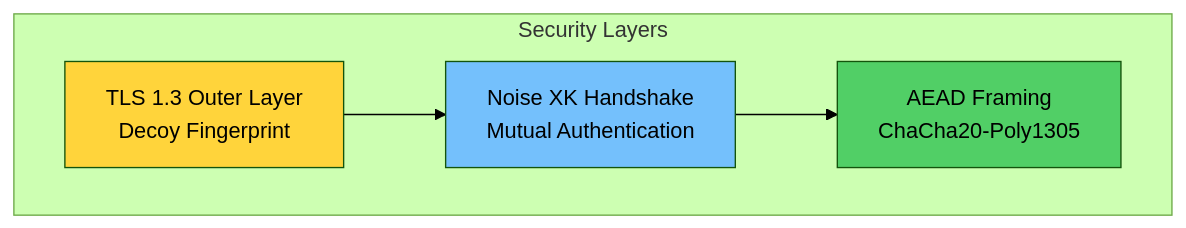
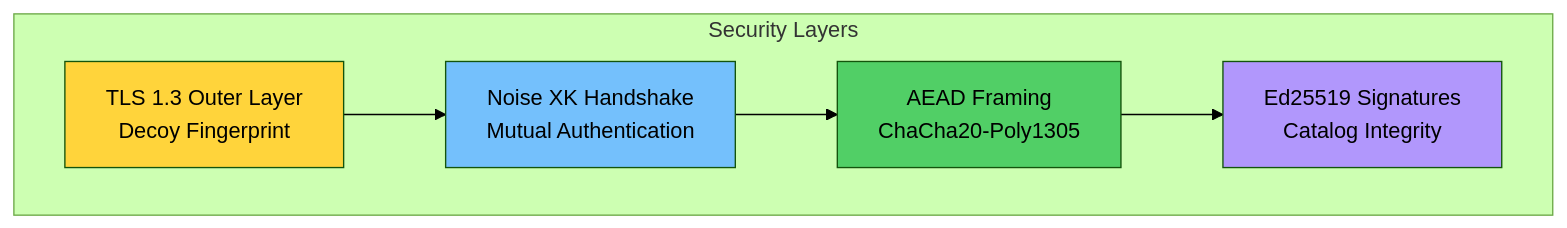
One commit to QW1CKS/qnet changed the ninth of 15 diagrams in README.md. Above: the diagram before and after it, drawn with Mermaid (forest theme). The commit also changed other lines of this file and 5 other files, not shown here.

````diff
--- a/README.md
+++ b/README.md
@@ -317,15 +318,18 @@
 ```mermaid
 graph TB
     subgraph "Security Layers"
         L1[TLS 1.3 Outer Layer<br/>Decoy Fingerprint]
         L2[Noise XK Handshake<br/>Mutual Authentication]
         L3[AEAD Framing<br/>ChaCha20-Poly1305]
+        L4[Ed25519 Signatures<br/>Catalog Integrity]
     end
     
     L1 --> L2
     L2 --> L3
+    L3 --> L4
     
     style L1 fill:#ffd43b
     style L2 fill:#74c0fc
     style L3 fill:#51cf66
+    style L4 fill:#b197fc
 ```
````
